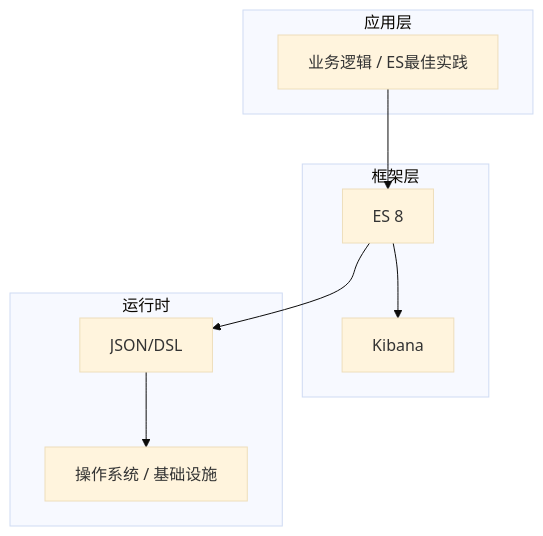
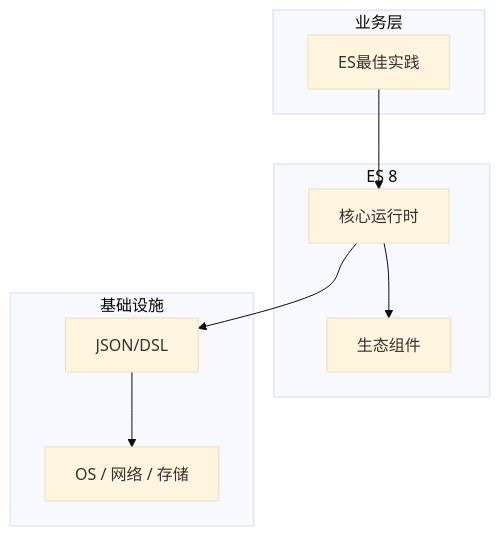
The diagram in articles/Elasticsearch/chapters/095-ES最佳实践核心概念与原理.md (yanggan2015/knowledge-json-v2), drawn with Mermaid (base theme) before and after one commit. The commit also changed other lines of this file and 10127 other files, not shown here.

````diff
--- a/articles/Elasticsearch/chapters/095-ES最佳实践核心概念与原理.md
+++ b/articles/Elasticsearch/chapters/095-ES最佳实践核心概念与原理.md
@@ -45,18 +34,18 @@
 ```mermaid
 graph TB
-    subgraph 应用层
-        A[业务逻辑 / ES最佳实践]
+    subgraph 业务层
+        A[ES最佳实践]
     end
-    subgraph 框架层
-        B[ES 8]
-        C[Kibana]
+    subgraph ES 8
+        B[核心运行时]
+        C[生态组件]
     end
-    subgraph 运行时
+    subgraph 基础设施
         D[JSON/DSL]
-        E[操作系统 / 基础设施]
+        E[OS / 网络 / 存储]
     end
     A --> B
     B --> C
     B --> D
     D --> E
 ```
````
